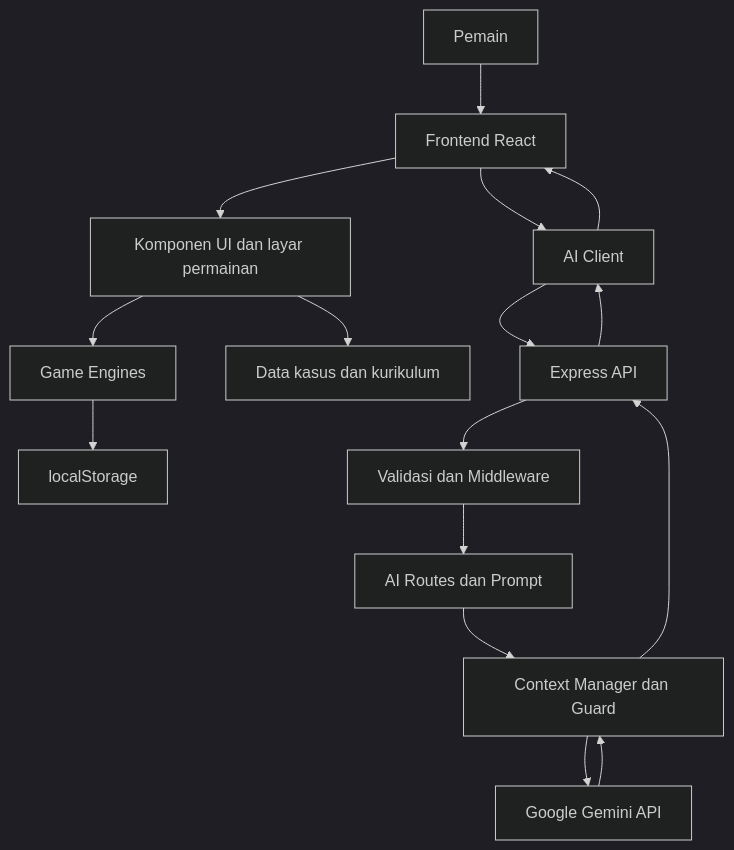
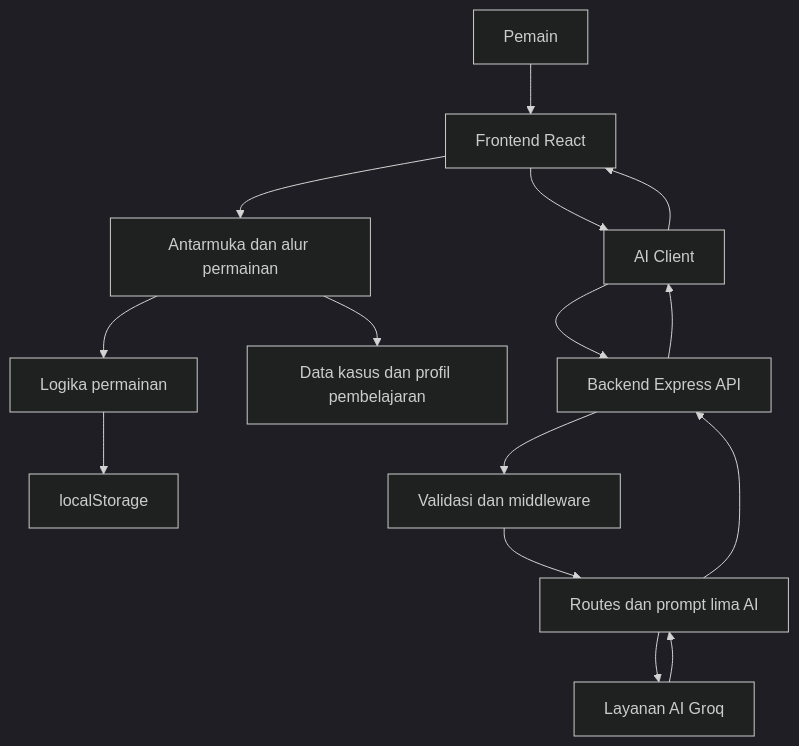
The diagram in README.md (muhammadbadranayaramadhani-hub/KOPKOPEN), drawn with Mermaid (dark theme) before and after one commit. The commit also changed other lines of this file, not shown here.

````diff
--- a/README.md
+++ b/README.md
@@ -128,18 +109,17 @@
 ```mermaid
 flowchart TD
     A["Pemain"] --> B["Frontend React"]
-    B --> C["Komponen UI dan layar permainan"]
-    C --> D["Game Engines"]
-    C --> E["Data kasus dan kurikulum"]
+    B --> C["Antarmuka dan alur permainan"]
+    C --> D["Logika permainan"]
+    C --> E["Data kasus dan profil pembelajaran"]
     B --> F["AI Client"]
-    F --> G["Express API"]
-    G --> H["Validasi dan Middleware"]
-    H --> I["AI Routes dan Prompt"]
-    I --> J["Context Manager dan Guard"]
-    J --> K["Google Gemini API"]
-    K --> J
-    J --> G
+    F --> G["Backend Express API"]
+    G --> H["Validasi dan middleware"]
+    H --> I["Routes dan prompt lima AI"]
+    I --> J["Layanan AI Groq"]
+    J --> I
+    I --> G
     G --> F
     F --> B
-    D --> L["localStorage"]
+    D --> K["localStorage"]
 ```
````
